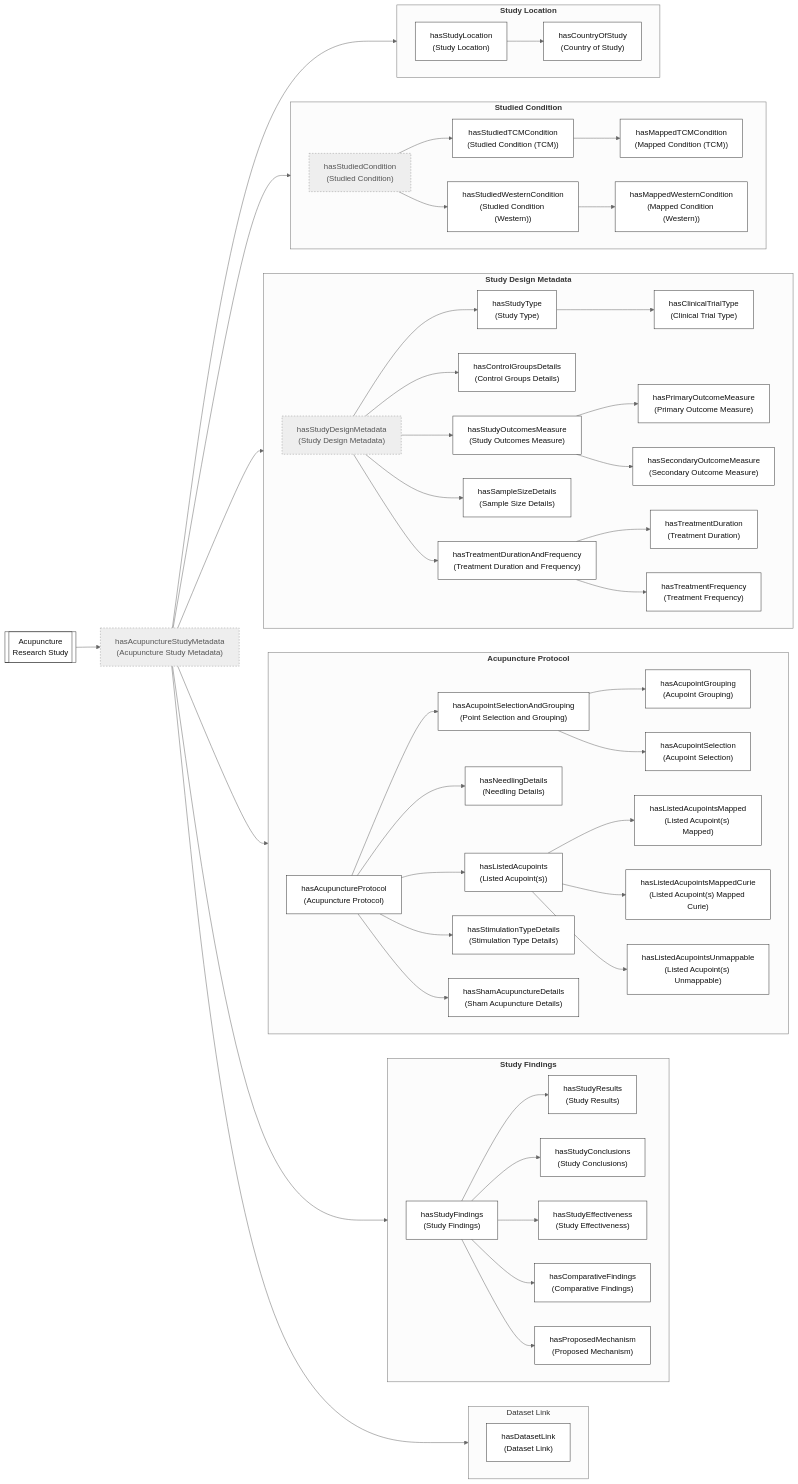
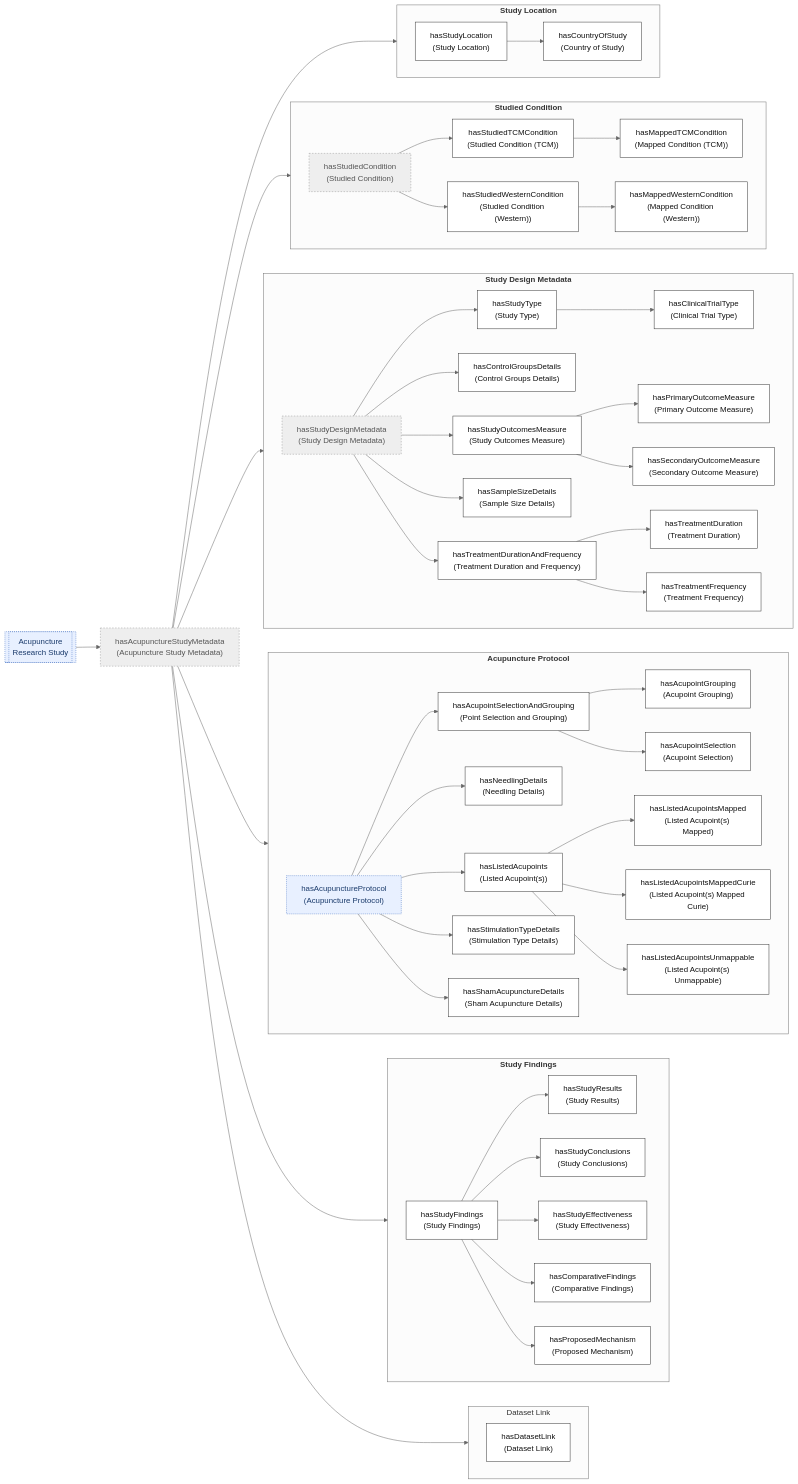
One commit to smtifahim/TARA-Ontology-Repository changed the fourth of 6 diagrams in ontology-files/base/articles-kb/articles-kb-core/README.md. Above: the diagram before and after it, drawn with Mermaid (neutral theme). The commit also changed other lines of this file, not shown here.

```diff
--- a/ontology-files/base/articles-kb/articles-kb-core/README.md
+++ b/ontology-files/base/articles-kb/articles-kb-core/README.md
@@ -122,7 +122,7 @@
     classDef field fill:#ffffff,stroke:#333,color:#111
     classDef linked fill:#e8f0ff,stroke:#4472c4,stroke-dasharray: 2 2,color:#1a3a6b
 
-    STUDY[["Acupuncture<br/>Research Study"]]:::field
+    STUDY[["Acupuncture<br/>Research Study"]]:::linked
     ROOT["hasAcupunctureStudyMetadata<br/>(Acupuncture Study Metadata)"]:::group
     STUDY --> ROOT
 
@@ -158,7 +158,7 @@
   
     subgraph PROTO ["<b>Acupuncture Protocol</b>"]
         direction LR
-        PROT["hasAcupunctureProtocol<br/>(Acupuncture Protocol)"]:::field
+        PROT["hasAcupunctureProtocol<br/>(Acupuncture Protocol)"]:::linked
     
         LIST["hasListedAcupoints<br/>(Listed Acupoint(s))"]:::field
         LMAP["hasListedAcupointsMapped<br/>(Listed Acupoint(s) Mapped)"]:::field
```
